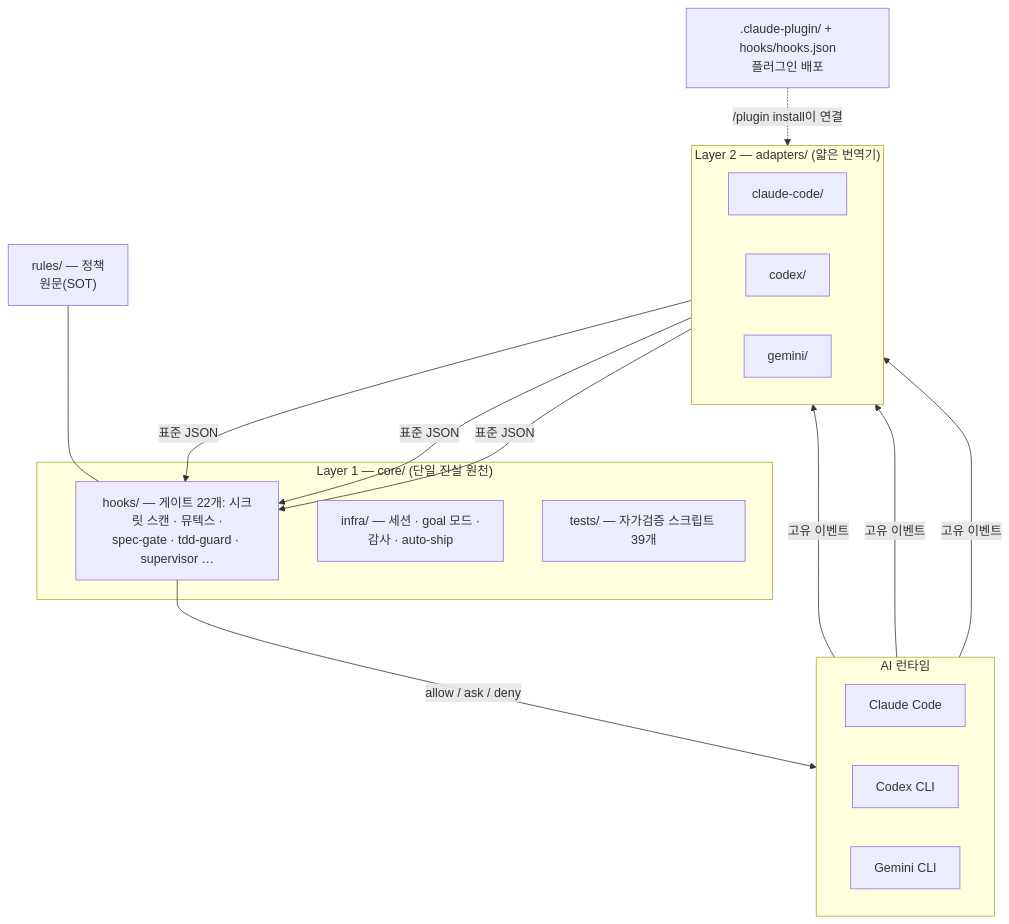
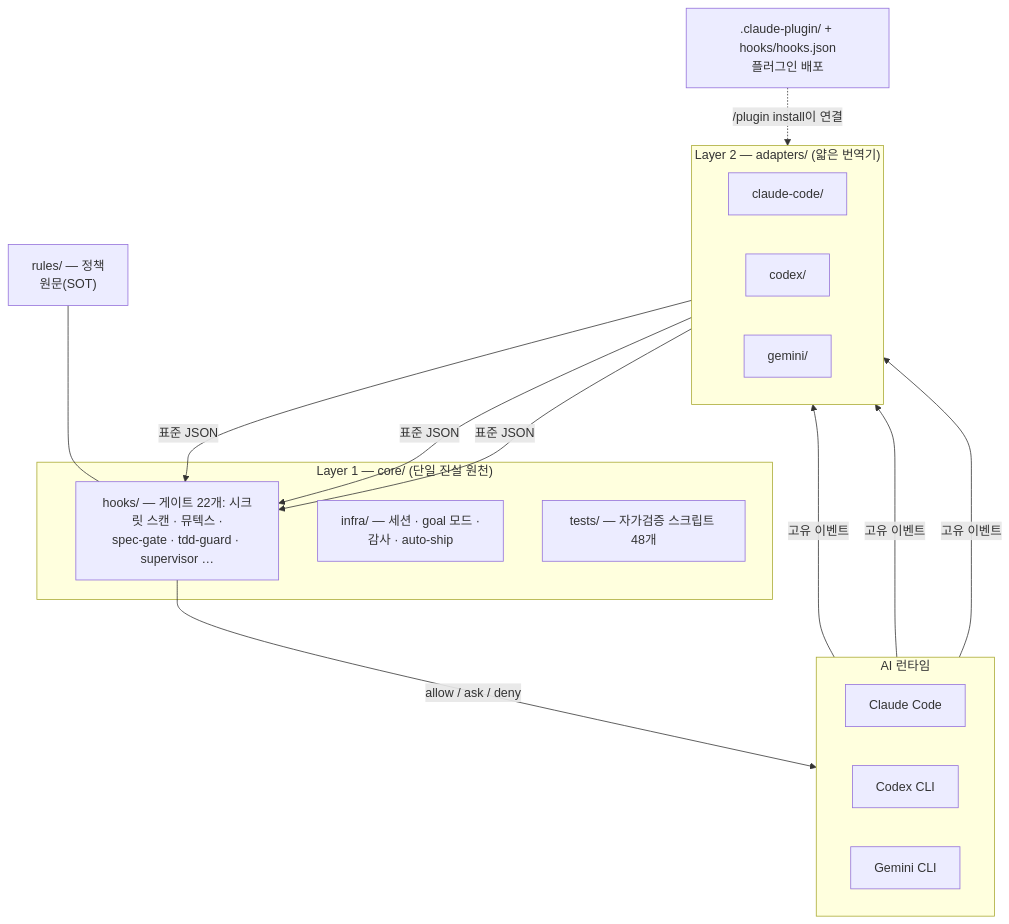
The second of 5 diagrams in README.ko.md (joymin5655/Agent), drawn with Mermaid before and after one commit. The commit also changed other lines of this file and 7 other files, not shown here.

````diff
--- a/README.ko.md
+++ b/README.ko.md
@@ -188,32 +213,32 @@
 ```mermaid
 flowchart TB
     subgraph RT["AI 런타임"]
         direction LR
         CC["Claude Code"]
         CX["Codex CLI"]
         GM["Gemini CLI"]
     end
     subgraph AD["Layer 2 — adapters/ (얇은 번역기)"]
         direction LR
         A1["claude-code/"]
         A2["codex/"]
         A3["gemini/"]
     end
     subgraph CORE["Layer 1 — core/ (단일 진실 원천)"]
         H["hooks/ — 게이트 22개: 시크릿 스캔 · 뮤텍스 ·<br/>spec-gate · tdd-guard · supervisor …"]
         I["infra/ — 세션 · goal 모드 ·<br/>감사 · auto-ship"]
-        T["tests/ — 자가검증 스크립트 39개"]
+        T["tests/ — 자가검증 스크립트 48개"]
     end
     R["rules/ — 정책<br/>원문(SOT)"]
     PLUG[".claude-plugin/ + hooks/hooks.json<br/>플러그인 배포"]
 
     CC -->|고유 이벤트| A1
     CX -->|고유 이벤트| A2
     GM -->|고유 이벤트| A3
     A1 -->|표준 JSON| H
     A2 -->|표준 JSON| H
     A3 -->|표준 JSON| H
     H -->|"allow / ask / deny"| RT
     R --- H
     PLUG -. "/plugin install이 연결" .-> A1
 ```
````
